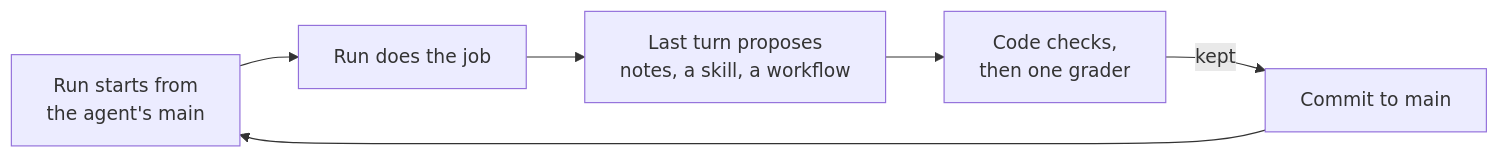
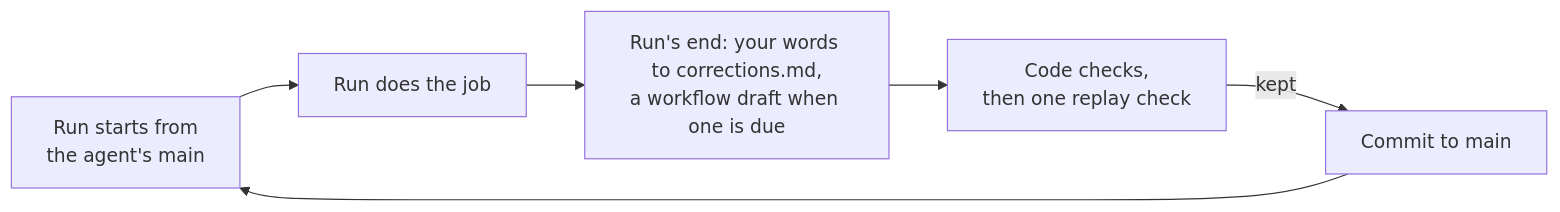
One commit to Parcha-ai/agentrun changed the first of 2 diagrams in README.md. Above: the diagram before and after it, drawn with Mermaid. The commit also changed other lines of this file and 381 other files, not shown here.

First line of the commit message:
learning: corrections + compile only; delete notes, skills, look-back and grader (S3c)

````diff
--- a/README.md
+++ b/README.md
@@ -213,8 +212,8 @@
 ```mermaid
 flowchart LR
     start["Run starts from<br/>the agent's main"] --> work["Run does the job"]
-    work --> propose["Last turn proposes<br/>notes, a skill, a workflow"]
-    propose --> check["Code checks,<br/>then one grader"]
+    work --> fin["Run's end: your words to corrections.md,<br/>a workflow draft when one is due"]
+    fin --> check["Code checks,<br/>then one replay check"]
     check -->|kept| commit["Commit to main"]
     commit --> start
 ```
````
